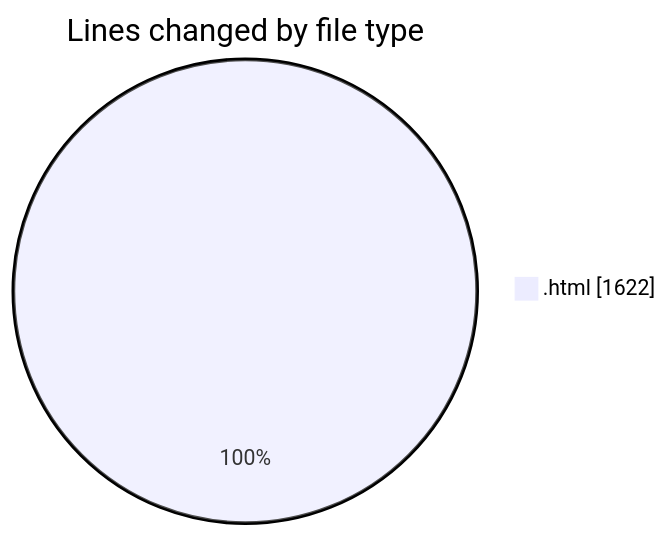
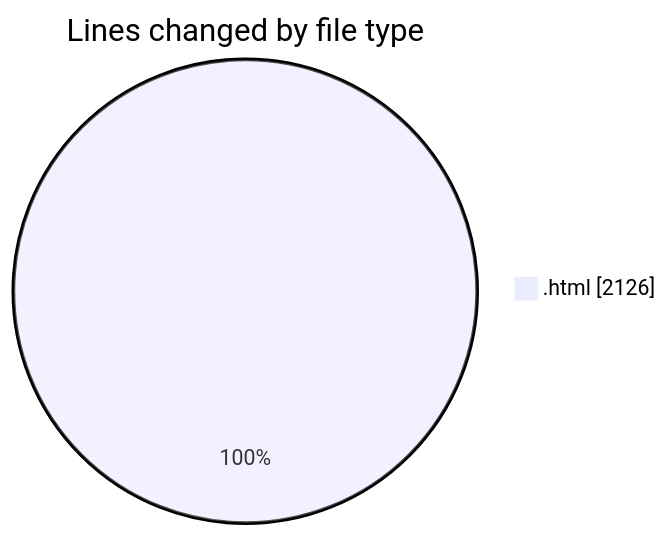
One commit to Ritupan-Deka/code-tracking changed the first of 2 diagrams in 2025-05-21/filetransfer/README.md. Above: the diagram before and after it, drawn with Mermaid. The commit also changed other lines of this file and 1 other file, not shown here.

````diff
--- a/2025-05-21/filetransfer/README.md
+++ b/2025-05-21/filetransfer/README.md
@@ -22,5 +23,5 @@
 ```mermaid
 pie showData
 title Lines changed by file type
-".html" : 1622
+".html" : 2126
 ```
````
